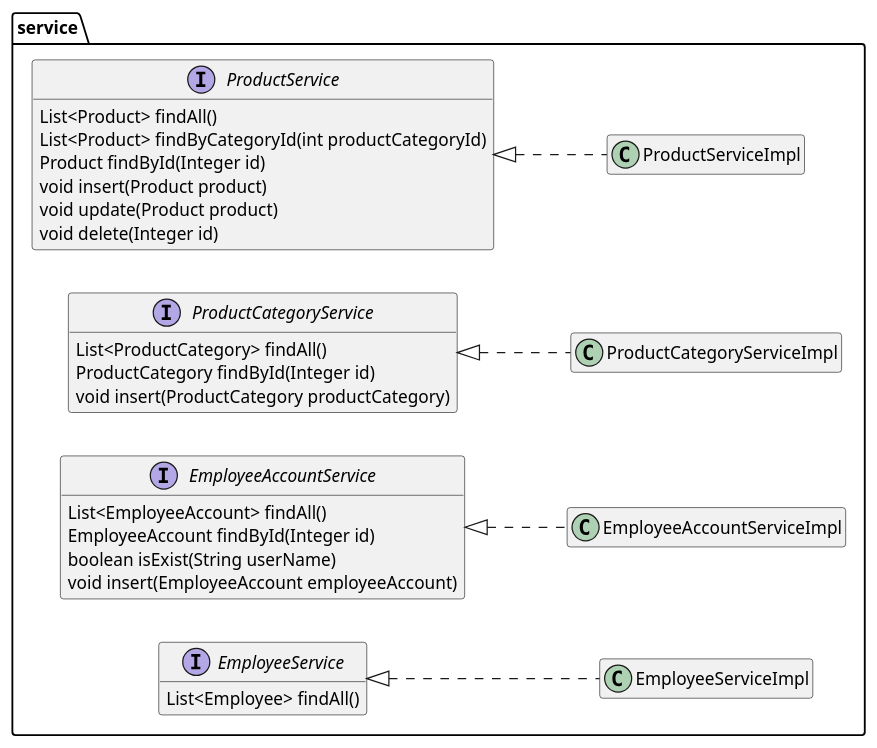
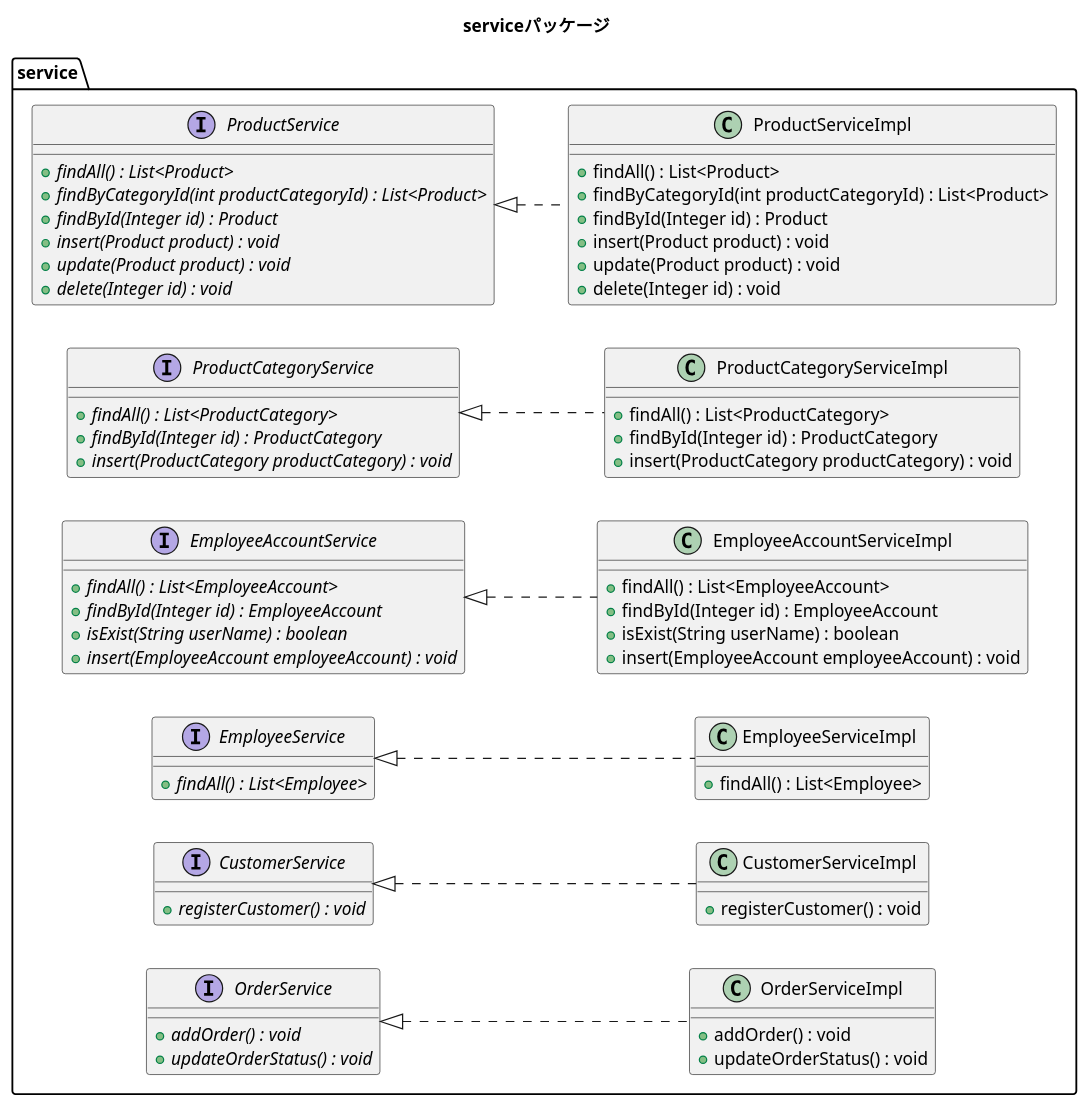
One commit to imagepit/fullness-ec changed the diagram in plan/diagram/class/package_service.puml. Above: the diagram before and after it, drawn with PlantUML. The commit also changed 89 other files, not shown here.

```diff
--- a/plan/diagram/class/package_service.puml
+++ b/plan/diagram/class/package_service.puml
@@ -1,46 +1,76 @@
 @startuml
 
-skinparam shadowing false
-hide empty methods
-hide empty fields
+title serviceパッケージ
 left to right direction
 
 package service{
     interface ProductService{
-        List<Product> findAll()
-        List<Product> findByCategoryId(int productCategoryId)
-        Product findById(Integer id)
-        void insert(Product product)
-        void update(Product product)
-        void delete(Integer id)
+        + {abstract} findAll() : List<Product>
+        + {abstract} findByCategoryId(int productCategoryId) : List<Product>
+        + {abstract} findById(Integer id) : Product
+        + {abstract} insert(Product product) : void
+        + {abstract} update(Product product) : void
+        + {abstract} delete(Integer id) : void
     }
-    class ProductServiceImpl
+    class ProductServiceImpl{
+        + findAll() : List<Product>
+        + findByCategoryId(int productCategoryId) : List<Product>
+        + findById(Integer id) : Product
+        + insert(Product product) : void
+        + update(Product product) : void
+        + delete(Integer id) : void
+    }
 
     interface ProductCategoryService{
-        List<ProductCategory> findAll()
-        ProductCategory findById(Integer id)
-        void insert(ProductCategory productCategory)
+        + {abstract} findAll() : List<ProductCategory>
+        + {abstract} findById(Integer id) : ProductCategory
+        + {abstract} insert(ProductCategory productCategory) : void
     }
-    class ProductCategoryServiceImpl
+    class ProductCategoryServiceImpl{
+        + findAll() : List<ProductCategory>
+        + findById(Integer id) : ProductCategory
+        + insert(ProductCategory productCategory) : void
+    }
 
 
     interface EmployeeAccountService{
-        List<EmployeeAccount> findAll()
-        EmployeeAccount findById(Integer id)
-        boolean isExist(String userName)
-        void insert(EmployeeAccount employeeAccount)
+        + {abstract} findAll() : List<EmployeeAccount>
+        + {abstract} findById(Integer id) : EmployeeAccount
+        + {abstract} isExist(String userName) : boolean
+        + {abstract} insert(EmployeeAccount employeeAccount) : void
     }
-    class EmployeeAccountServiceImpl
-
+    class EmployeeAccountServiceImpl{
+        + findAll() : List<EmployeeAccount>
+        + findById(Integer id) : EmployeeAccount
+        + isExist(String userName) : boolean
+        + insert(EmployeeAccount employeeAccount) : void
+    }
     interface EmployeeService{
-        List<Employee> findAll()
+        + {abstract} findAll() : List<Employee>
     }
-    class EmployeeServiceImpl
+    class EmployeeServiceImpl{
+         + findAll() : List<Employee>
+    }
+    interface CustomerService{
+        + {abstract} registerCustomer() : void
+    }
+    class CustomerServiceImpl{
+        + registerCustomer() : void
+    }
+    interface OrderService{
+        + {abstract} addOrder() : void
+        + {abstract} updateOrderStatus() : void
+    }
+    class OrderServiceImpl{
+        + addOrder() : void
+        + updateOrderStatus() : void
+    }
 }
 
 EmployeeAccountService <|.. EmployeeAccountServiceImpl
 EmployeeService <|.. EmployeeServiceImpl
 ProductService <|.. ProductServiceImpl
 ProductCategoryService <|.. ProductCategoryServiceImpl
-
+CustomerService <|.. CustomerServiceImpl
+OrderService <|.. OrderServiceImpl
 @enduml
```
